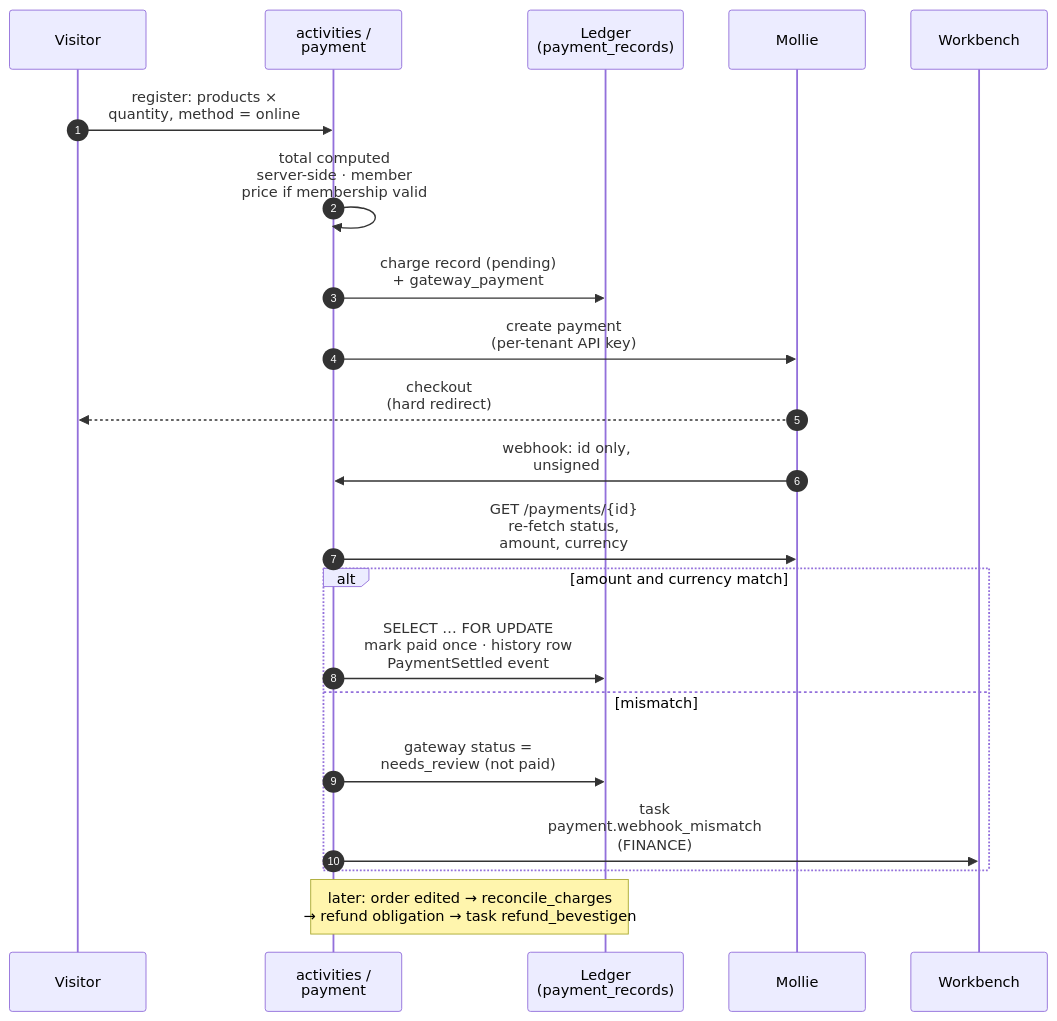
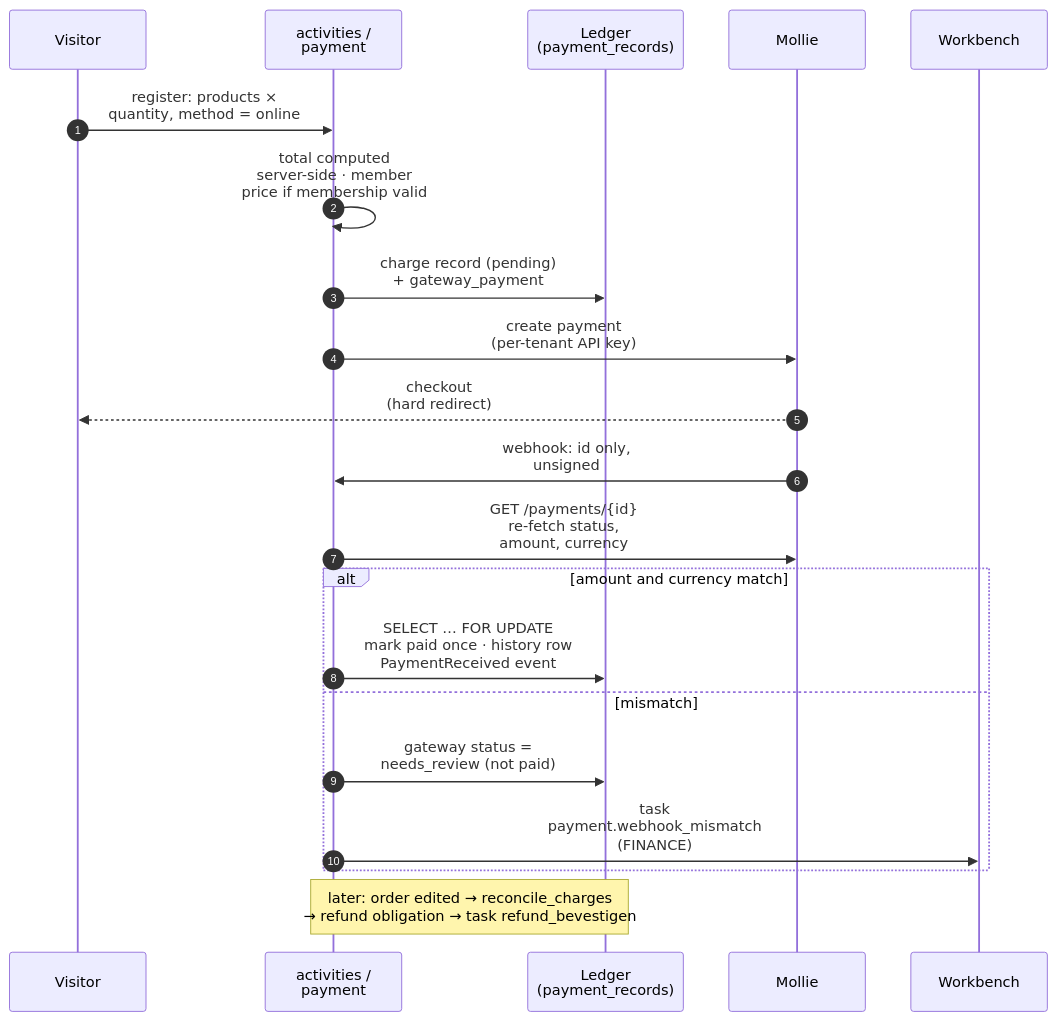
Before and after one commit to KoenRenders/KoenTest: the eighth of 14 diagrams in docs/architecture.md, drawn with Mermaid. The commit also changed other lines of this file, not shown here.

First line of the commit message:
docs(architecture): PaymentReceived replaces PaymentSettled (CR-13 phase 2, #1249)

````diff
--- a/docs/architecture.md
+++ b/docs/architecture.md
@@ -367,23 +368,23 @@
 ```mermaid
 sequenceDiagram
   autonumber
   participant V as Visitor
   participant A as activities /<br/>payment
   participant L as Ledger<br/>(payment_records)
   participant MO as Mollie
   participant W as Workbench
   V->>A: register: products ×<br/>quantity, method = online
   A->>A: total computed<br/>server-side · member<br/>price if membership valid
   A->>L: charge record (pending)<br/>+ gateway_payment
   A->>MO: create payment<br/>(per-tenant API key)
   MO-->>V: checkout<br/>(hard redirect)
   MO->>A: webhook: id only,<br/>unsigned
   A->>MO: GET /payments/{id}<br/>re-fetch status,<br/>amount, currency
   alt amount and currency match
-    A->>L: SELECT … FOR UPDATE<br/>mark paid once · history row<br/>PaymentSettled event
+    A->>L: SELECT … FOR UPDATE<br/>mark paid once · history row<br/>PaymentReceived event
   else mismatch
     A->>L: gateway status =<br/>needs_review (not paid)
     A->>W: task<br/>payment.webhook_mismatch<br/>(FINANCE)
   end
   Note over A,L: later: order edited → reconcile_charges<br/>→ refund obligation → task refund_bevestigen
 ```
````
